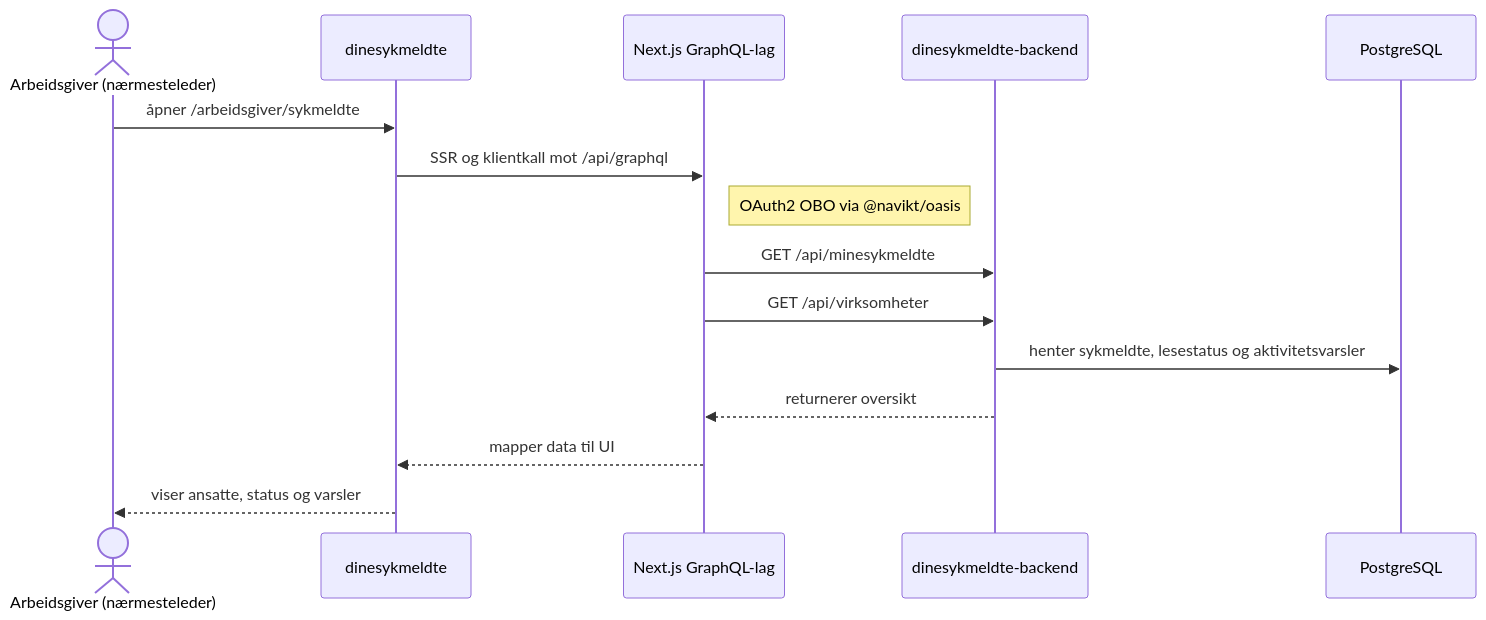
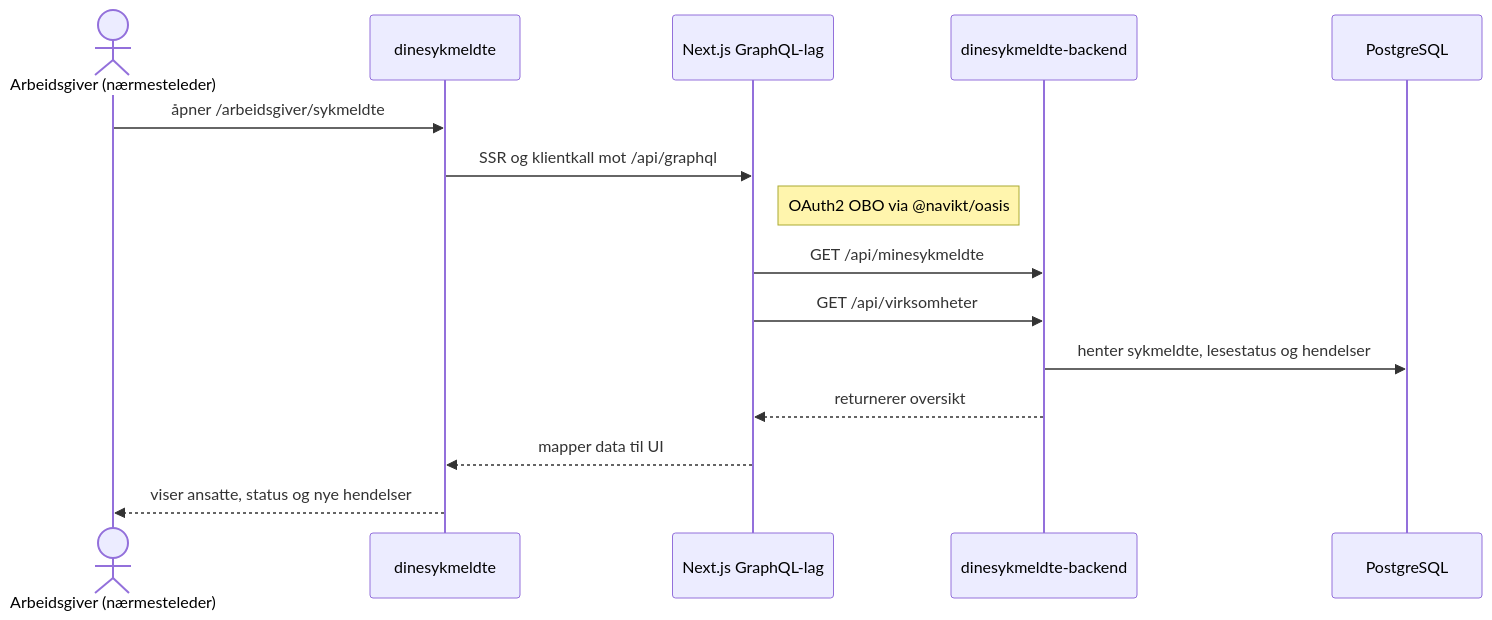
The first of 3 diagrams in docs/omrader/dine-sykmeldte/teknisk.md (navikt/team-esyfo), drawn with Mermaid before and after one commit. The commit also changed other lines of this file and 3 other files, not shown here.

````diff
--- a/docs/omrader/dine-sykmeldte/teknisk.md
+++ b/docs/omrader/dine-sykmeldte/teknisk.md
@@ -9,18 +9,18 @@
 ```mermaid
 sequenceDiagram
     actor arbeidsgiver as Arbeidsgiver (nærmesteleder)
     participant frontend as dinesykmeldte
     participant graphql as Next.js GraphQL-lag
     participant backend as dinesykmeldte-backend
     participant db as PostgreSQL
 
     arbeidsgiver->>frontend: åpner /arbeidsgiver/sykmeldte
     frontend->>graphql: SSR og klientkall mot /api/graphql
     Note right of graphql: OAuth2 OBO via @navikt/oasis
     graphql->>backend: GET /api/minesykmeldte
     graphql->>backend: GET /api/virksomheter
-    backend->>db: henter sykmeldte, lesestatus og aktivitetsvarsler
+    backend->>db: henter sykmeldte, lesestatus og hendelser
     backend-->>graphql: returnerer oversikt
     graphql-->>frontend: mapper data til UI
-    frontend-->>arbeidsgiver: viser ansatte, status og varsler
+    frontend-->>arbeidsgiver: viser ansatte, status og nye hendelser
 ```
````
